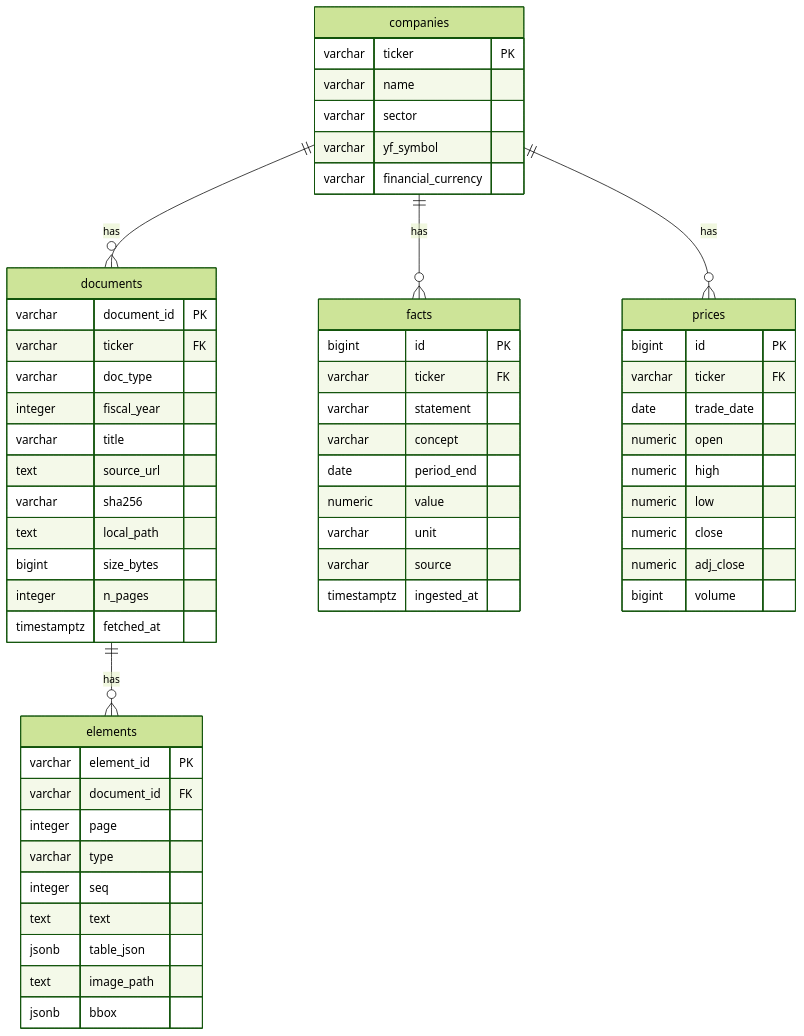
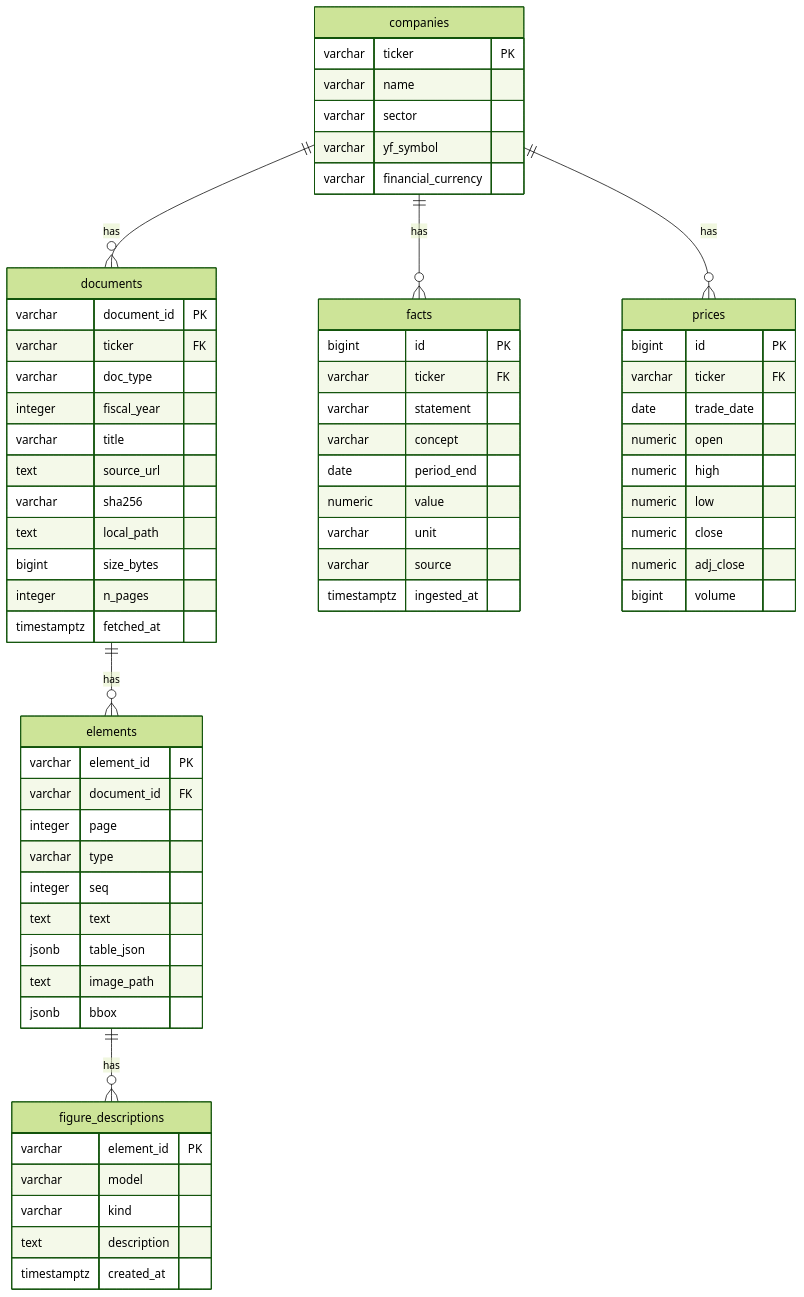
One commit to PreeyasTumulu/MULTIMODAL_AGENTIC_RAG changed the diagram in docs/data/schema.md. Above: the diagram before and after it, drawn with Mermaid (forest theme). The commit also changed other lines of this file and 15 other files, not shown here.

````diff
--- a/docs/data/schema.md
+++ b/docs/data/schema.md
@@ -11,60 +11,68 @@
 ```mermaid
 erDiagram
     companies ||--o{ documents : has
     documents ||--o{ elements : has
     companies ||--o{ facts : has
     companies ||--o{ prices : has
+    elements ||--o{ figure_descriptions : has
     companies {
         varchar ticker PK
         varchar name
         varchar sector
         varchar yf_symbol
         varchar financial_currency
     }
     documents {
         varchar document_id PK
         varchar ticker FK
         varchar doc_type
         integer fiscal_year
         varchar title
         text source_url
         varchar sha256
         text local_path
         bigint size_bytes
         integer n_pages
         timestamptz fetched_at
     }
     elements {
         varchar element_id PK
         varchar document_id FK
         integer page
         varchar type
         integer seq
         text text
         jsonb table_json
         text image_path
         jsonb bbox
     }
     facts {
         bigint id PK
         varchar ticker FK
         varchar statement
         varchar concept
         date period_end
         numeric value
         varchar unit
         varchar source
         timestamptz ingested_at
     }
     prices {
         bigint id PK
         varchar ticker FK
         date trade_date
         numeric open
         numeric high
         numeric low
         numeric close
         numeric adj_close
         bigint volume
     }
+    figure_descriptions {
+        varchar element_id PK
+        varchar model
+        varchar kind
+        text description
+        timestamptz created_at
+    }
 ```
````
